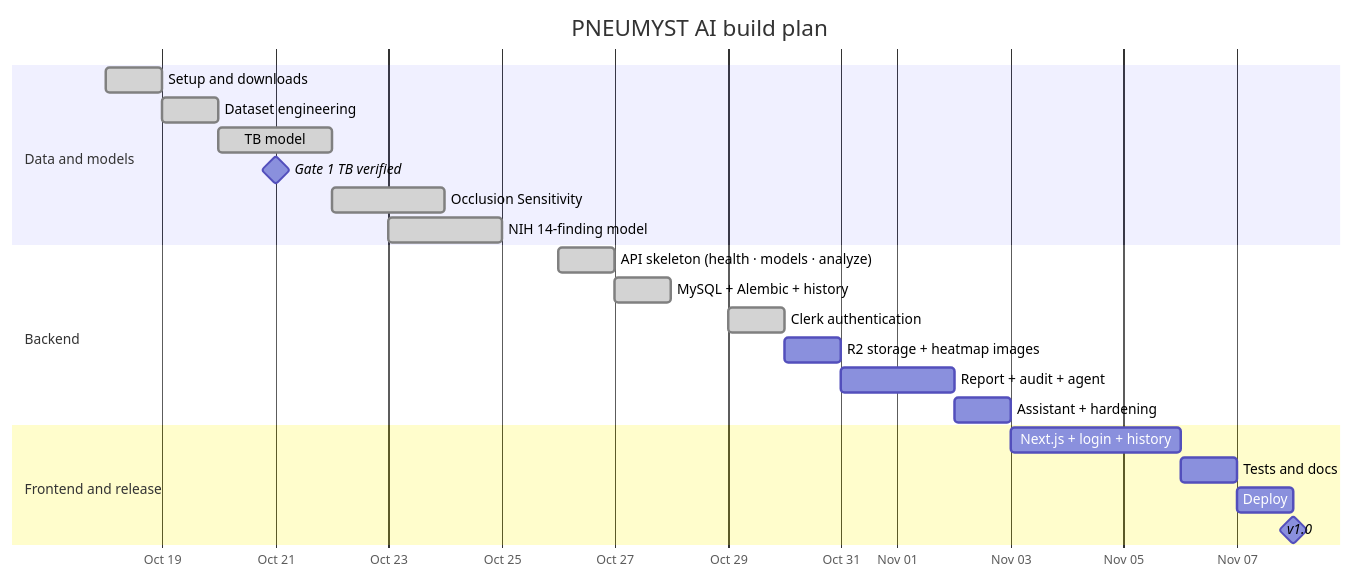
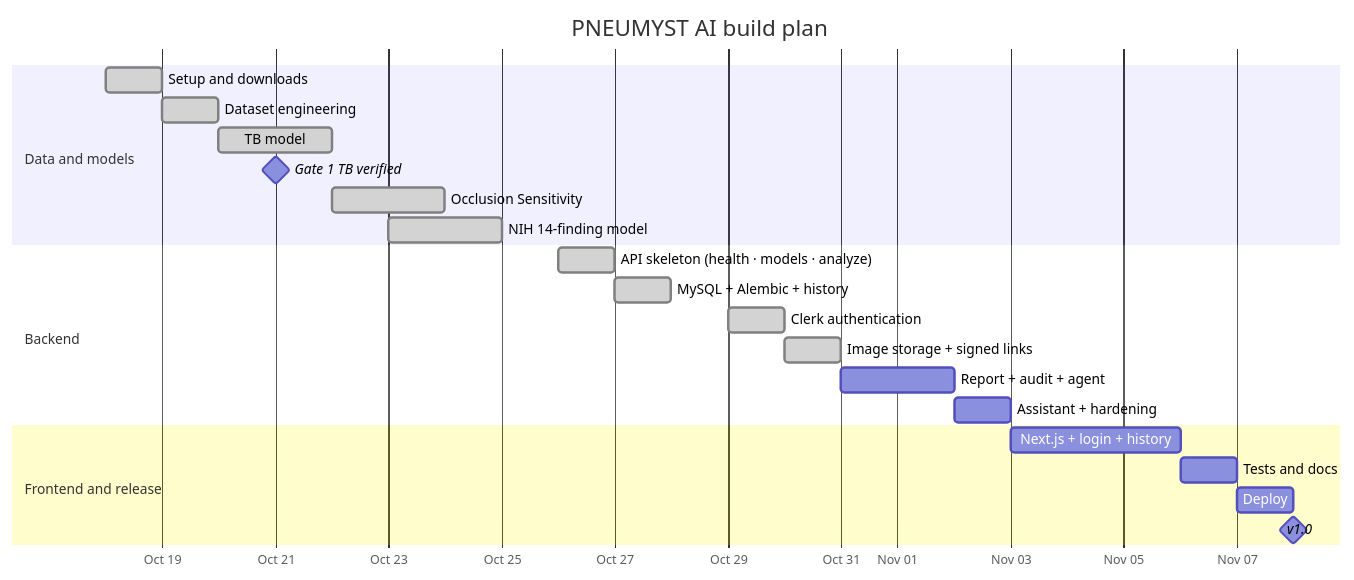
The fifth of 5 diagrams in README.md (Fy1zN/pneumyst-ai), drawn with Mermaid before and after one commit. The commit also changed other lines of this file and 1 other file, not shown here.

````diff
--- a/README.md
+++ b/README.md
@@ -832,25 +834,25 @@
 ```mermaid
 gantt
     title PNEUMYST AI build plan
     dateFormat YYYY-MM-DD
     axisFormat %b %d
     section Data and models
     Setup and downloads          :done, a1, 2026-10-18, 1d
     Dataset engineering          :done, a2, 2026-10-19, 1d
     TB model                     :done, a3, 2026-10-20, 2d
     Gate 1 TB verified           :milestone, 2026-10-21, 0d
     Occlusion Sensitivity        :done, a4, 2026-10-22, 2d
     NIH 14-finding model         :done, a5, 2026-10-23, 2d
     section Backend
     API skeleton (health · models · analyze) :done, b1, 2026-10-26, 1d
     MySQL + Alembic + history    :done, b2, 2026-10-27, 1d
     Clerk authentication         :done, b3, 2026-10-29, 1d
-    R2 storage + heatmap images  :b4, after b3, 1d
+    Image storage + signed links :done, b4, 2026-10-30, 1d
     Report + audit + agent       :b5, after b4, 2d
     Assistant + hardening        :b6, after b5, 1d
     section Frontend and release
     Next.js + login + history    :c1, after b6, 3d
     Tests and docs               :c2, after c1, 1d
     Deploy                       :c3, after c2, 1d
     v1.0                         :milestone, after c3, 0d
 ```
````
